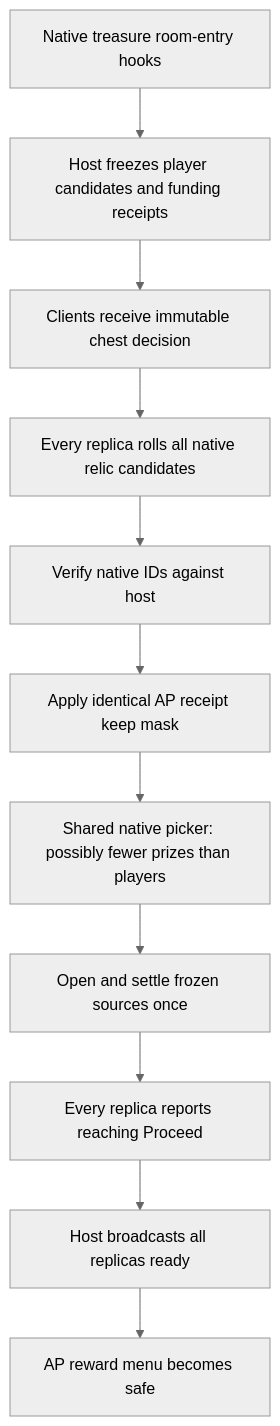
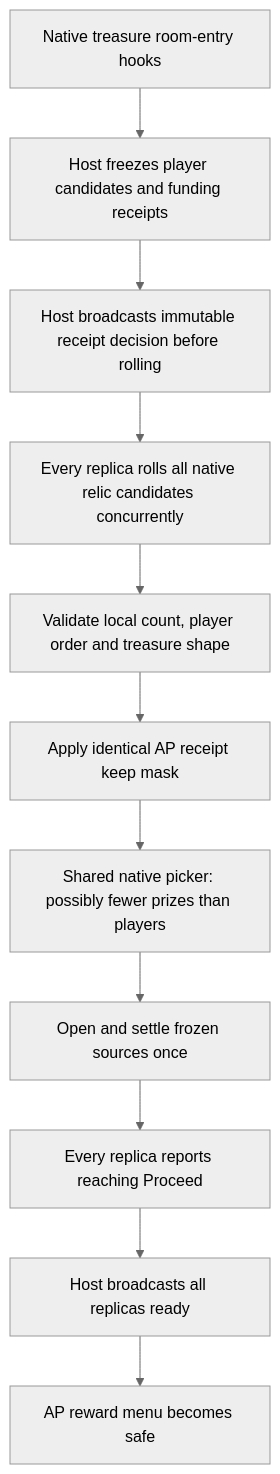
The ninth of 12 diagrams in docs/misc/multiplayer-sync-history-audit.md (Terairk/Slay-the-Spire-2-Archipelago), drawn with Mermaid (neutral theme) before and after one commit. The commit also changed other lines of this file, not shown here.

````diff
--- a/docs/misc/multiplayer-sync-history-audit.md
+++ b/docs/misc/multiplayer-sync-history-audit.md
@@ -324,13 +371,13 @@
 ```mermaid
 flowchart TD
     A[Native treasure room-entry hooks] --> B[Host freezes player candidates and funding receipts]
-    B --> C[Clients receive immutable chest decision]
-    C --> D[Every replica rolls all native relic candidates]
-    D --> E[Verify native IDs against host]
+    B --> C[Host broadcasts immutable receipt decision before rolling]
+    C --> D[Every replica rolls all native relic candidates concurrently]
+    D --> E[Validate local count, player order and treasure shape]
     E --> F[Apply identical AP receipt keep mask]
     F --> G[Shared native picker: possibly fewer prizes than players]
     G --> H[Open and settle frozen sources once]
     H --> I[Every replica reports reaching Proceed]
     I --> J[Host broadcasts all replicas ready]
     J --> K[AP reward menu becomes safe]
 ```
````
